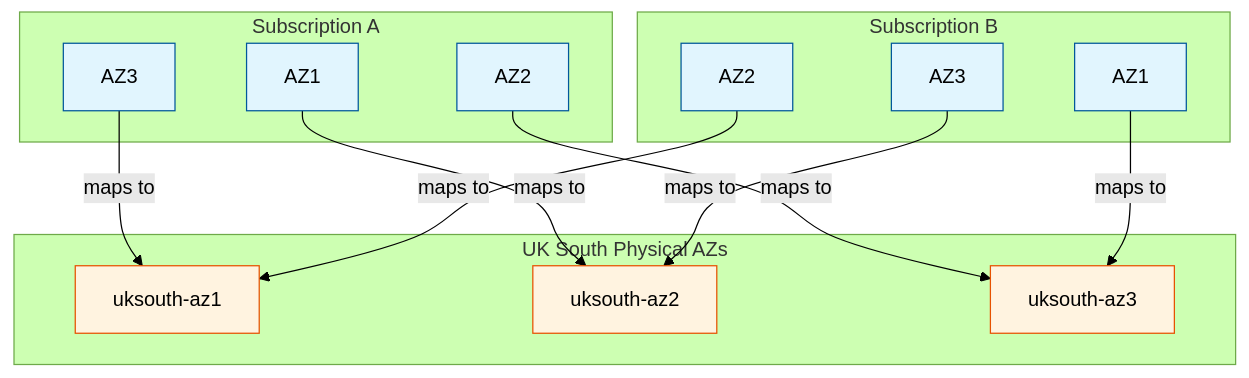
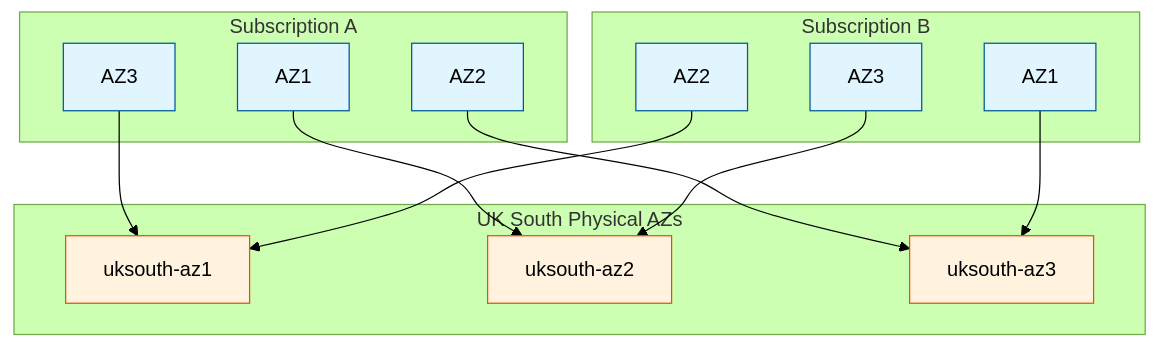
One commit to simonpainter/www.simonpainter.com changed the diagram in docs/Tech/Azure/sharding-azure.md. Above: the diagram before and after it, drawn with Mermaid (forest theme).

Commit message:
Removed redundant labels

````diff
--- a/docs/Tech/Azure/sharding-azure.md
+++ b/docs/Tech/Azure/sharding-azure.md
@@ -11,40 +11,40 @@
 ```mermaid
 graph TB
     subgraph "Subscription A"
         A1[AZ1]
         A2[AZ2]
         A3[AZ3]
     end
 
     subgraph "Subscription B"
         B1[AZ1]
         B2[AZ2]
         B3[AZ3]
     end
 
     subgraph "UK South Physical AZs"
         P1[uksouth-az1]
         P2[uksouth-az2]
         P3[uksouth-az3]
     end
 
     %% Mapping for Subscription A
-    A1 -->|maps to| P2
-    A2 -->|maps to| P3
-    A3 -->|maps to| P1
+    A1 --> P2
+    A2 --> P3
+    A3 --> P1
 
     %% Mapping for Subscription B
-    B1 -->|maps to| P3
-    B2 -->|maps to| P1
-    B3 -->|maps to| P2
+    B1 --> P3
+    B2 --> P1
+    B3 --> P2
 
     %% Styling
     classDef subscription fill:#e1f5fe,stroke:#01579b
     classDef physical fill:#fff3e0,stroke:#e65100
     
     class A1,A2,A3,B1,B2,B3 subscription
     class P1,P2,P3 physical
 
     %% Layout hints
     direction TB
 ```
````
